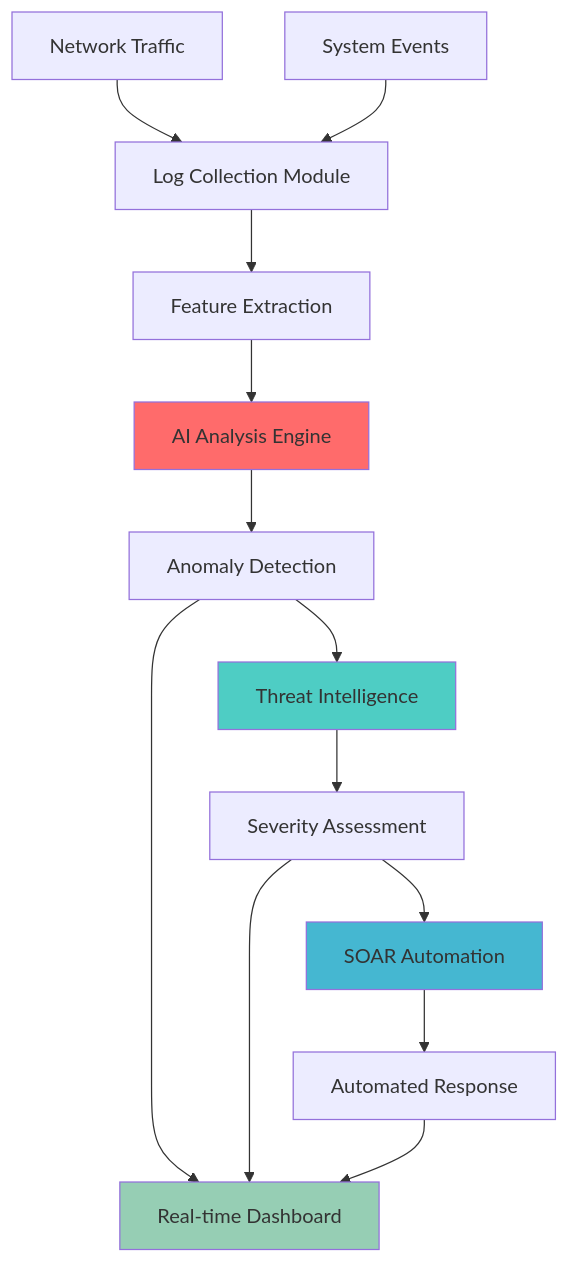
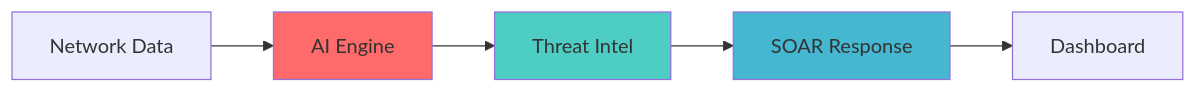
Before and after one commit to Ak-shay-n/Sentra-AI: the diagram in README.md, drawn with Mermaid. The commit also changed other lines of this file, not shown here.

````diff
--- a/README.md
+++ b/README.md
@@ -79,20 +42,11 @@
 ```mermaid
-graph TB
-    A[Network Traffic] --> B[Log Collection Module]
-    C[System Events] --> B
-    B --> D[Feature Extraction]
-    D --> E[AI Analysis Engine]
-    E --> F[Anomaly Detection]
-    F --> G[Threat Intelligence]
-    G --> H[Severity Assessment]
-    H --> I[SOAR Automation]
-    I --> J[Automated Response]
-    F --> K[Real-time Dashboard]
-    H --> K
-    J --> K
+graph LR
+    A[Network Data] --> B[AI Engine]
+    B --> C[Threat Intel]
+    C --> D[SOAR Response]
+    D --> E[Dashboard]
     
-    style E fill:#ff6b6b
-    style G fill:#4ecdc4
-    style I fill:#45b7d1
-    style K fill:#96ceb4
+    style B fill:#ff6b6b
+    style C fill:#4ecdc4
+    style D fill:#45b7d1
 ```
````
